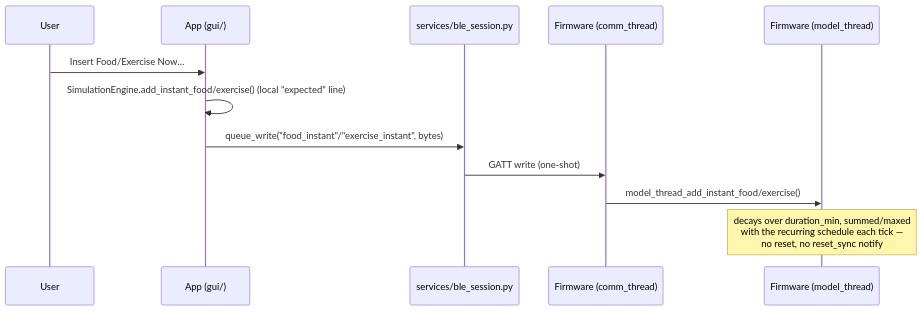
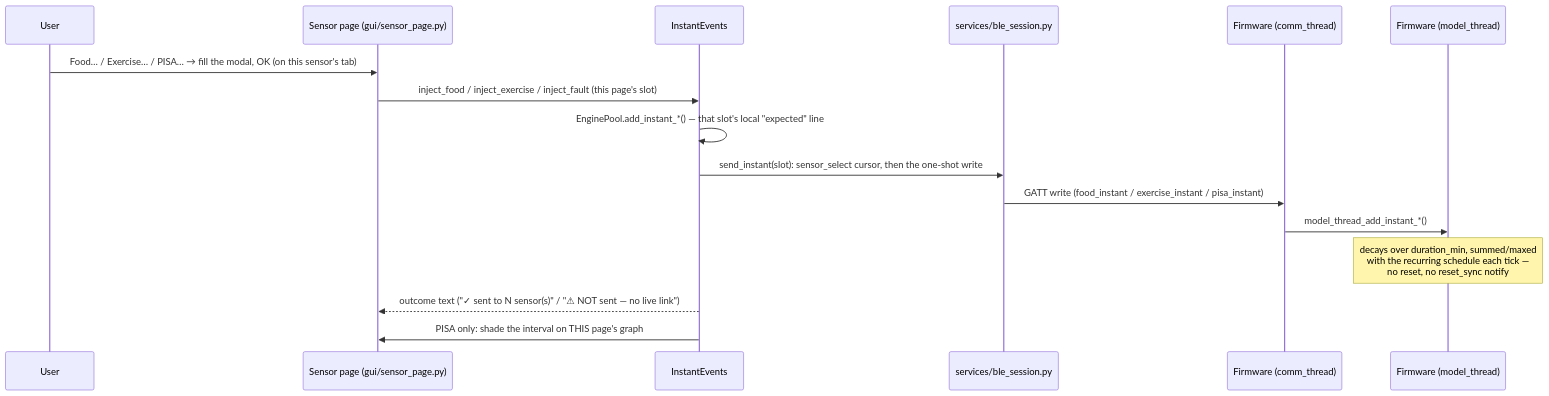
One commit to gomes717/SensorSimulator changed the fourth of 6 diagrams in docs/ARCHITECTURE.md. Above: the diagram before and after it, drawn with Mermaid. The commit also changed other lines of this file and 67 other files, not shown here.

First line of the commit message:
feat(gui): tabbed sensor UI, Start pushes the app profile to the board

````diff
--- a/docs/ARCHITECTURE.md
+++ b/docs/ARCHITECTURE.md
@@ -183,15 +188,19 @@
 ```mermaid
 sequenceDiagram
     participant U as User
-    participant App as App (gui/)
+    participant Tab as Sensor page (gui/sensor_page.py)
+    participant Ev as InstantEvents
     participant BLE as services/ble_session.py
     participant FW as Firmware (comm_thread)
     participant Model as Firmware (model_thread)
 
-    U->>App: Insert Food/Exercise Now…
-    App->>App: SimulationEngine.add_instant_food/exercise() (local "expected" line)
-    App->>BLE: queue_write("food_instant"/"exercise_instant", bytes)
-    BLE->>FW: GATT write (one-shot)
-    FW->>Model: model_thread_add_instant_food/exercise()
+    U->>Tab: Food… / Exercise… / PISA… → fill the modal, OK (on this sensor's tab)
+    Tab->>Ev: inject_food / inject_exercise / inject_fault (this page's slot)
+    Ev->>Ev: EnginePool.add_instant_*() — that slot's local "expected" line
+    Ev->>BLE: send_instant(slot): sensor_select cursor, then the one-shot write
+    BLE->>FW: GATT write (food_instant / exercise_instant / pisa_instant)
+    FW->>Model: model_thread_add_instant_*()
     Note over Model: decays over duration_min, summed/maxed<br/>with the recurring schedule each tick —<br/>no reset, no reset_sync notify
+    Ev-->>Tab: outcome text ("✓ sent to N sensor(s)" / "⚠ NOT sent — no live link")
+    Ev->>Tab: PISA only: shade the interval on THIS page's graph
 ```
````
